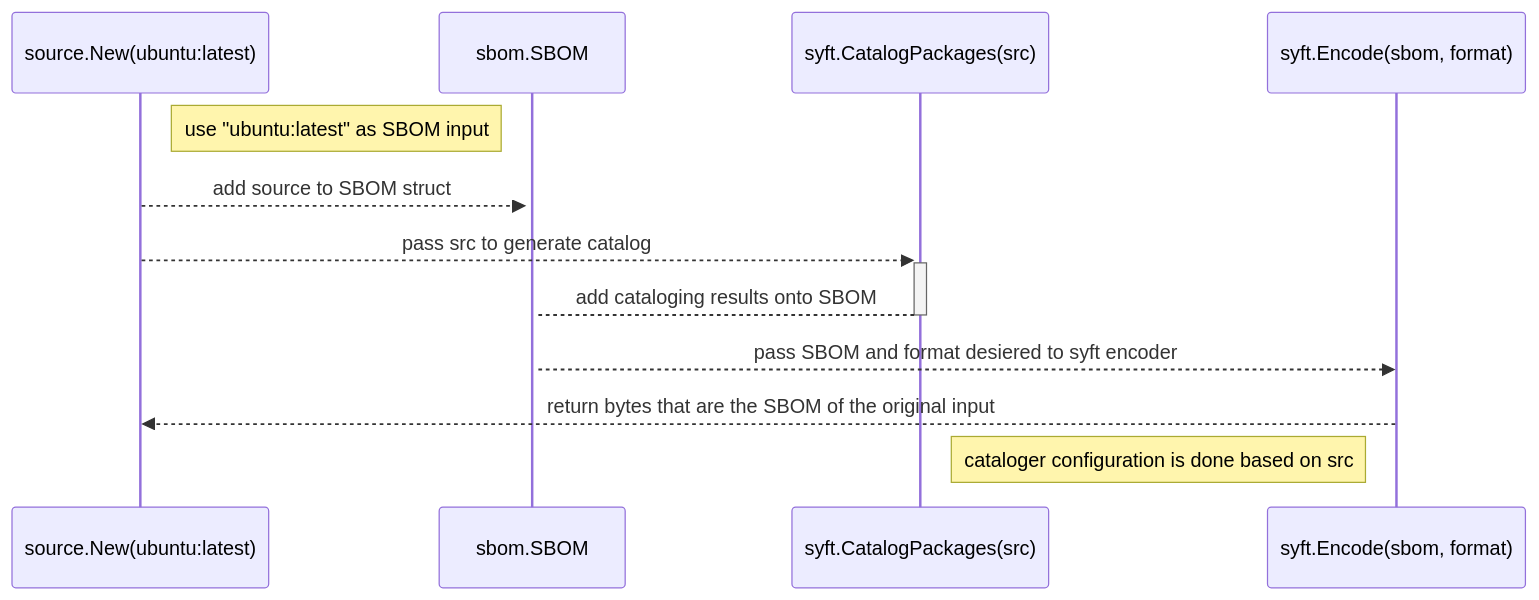
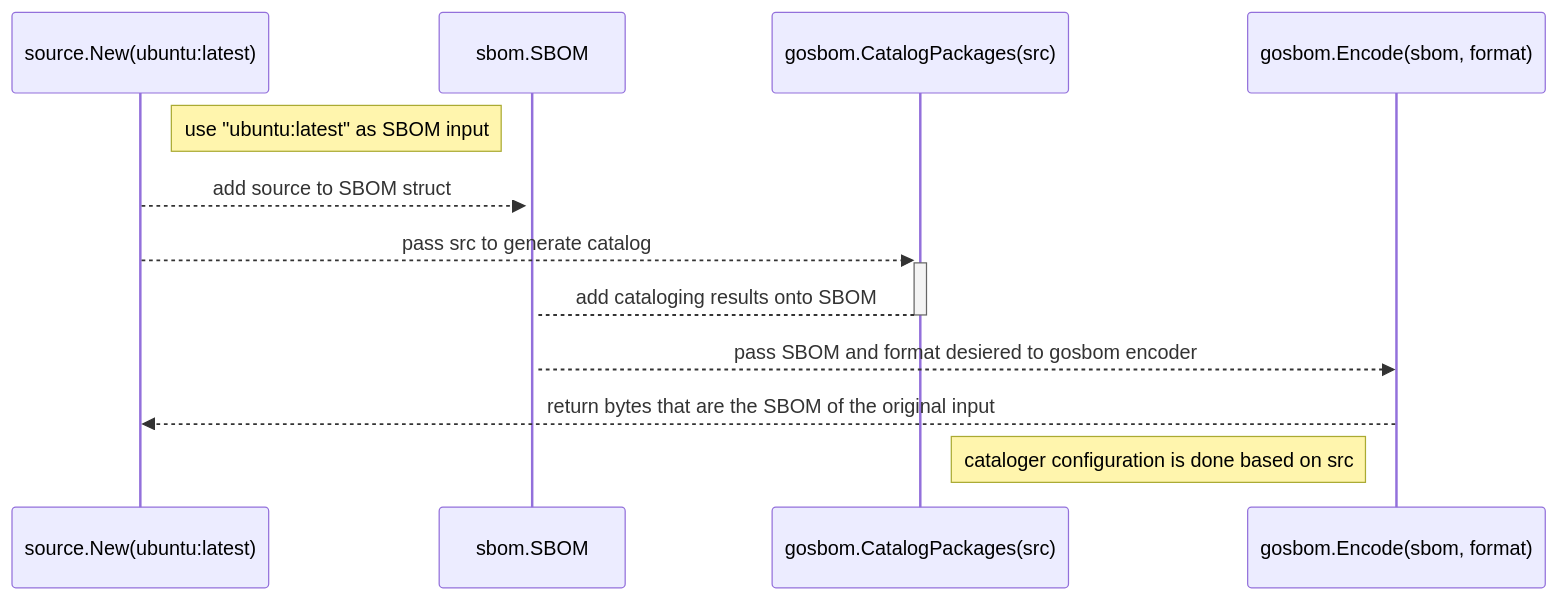
The second of 2 diagrams in DEVELOPING.md (renovate-bot/NeXTLinux-_-gosbomx), drawn with Mermaid before and after one commit. The commit also changed other lines of this file and 488 other files, not shown here.

````diff
--- a/DEVELOPING.md
+++ b/DEVELOPING.md
@@ -96,17 +96,17 @@
 ```mermaid
 sequenceDiagram
     participant source as source.New(ubuntu:latest)
     participant sbom as sbom.SBOM
-    participant catalog as syft.CatalogPackages(src)
-    participant encoder as syft.Encode(sbom, format)
+    participant catalog as gosbom.CatalogPackages(src)
+    participant encoder as gosbom.Encode(sbom, format)
 
     Note right of source: use "ubuntu:latest" as SBOM input
 
     source-->>+sbom: add source to SBOM struct
     source-->>+catalog: pass src to generate catalog
     catalog-->-sbom: add cataloging results onto SBOM
-    sbom-->>encoder: pass SBOM and format desiered to syft encoder
+    sbom-->>encoder: pass SBOM and format desiered to gosbom encoder
     encoder-->>source: return bytes that are the SBOM of the original input 
 
     Note right of catalog: cataloger configuration is done based on src
 ```
````
